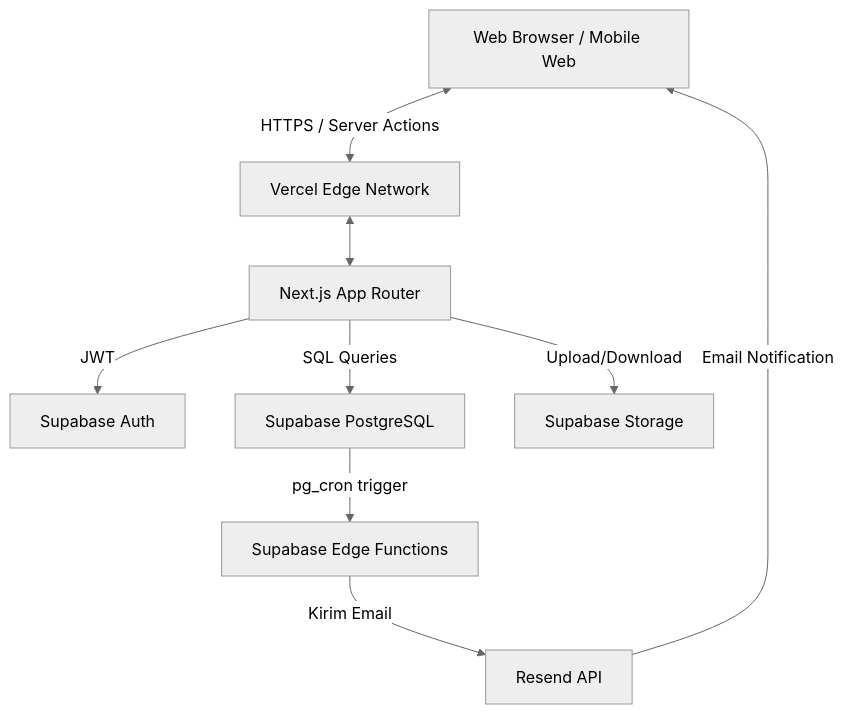
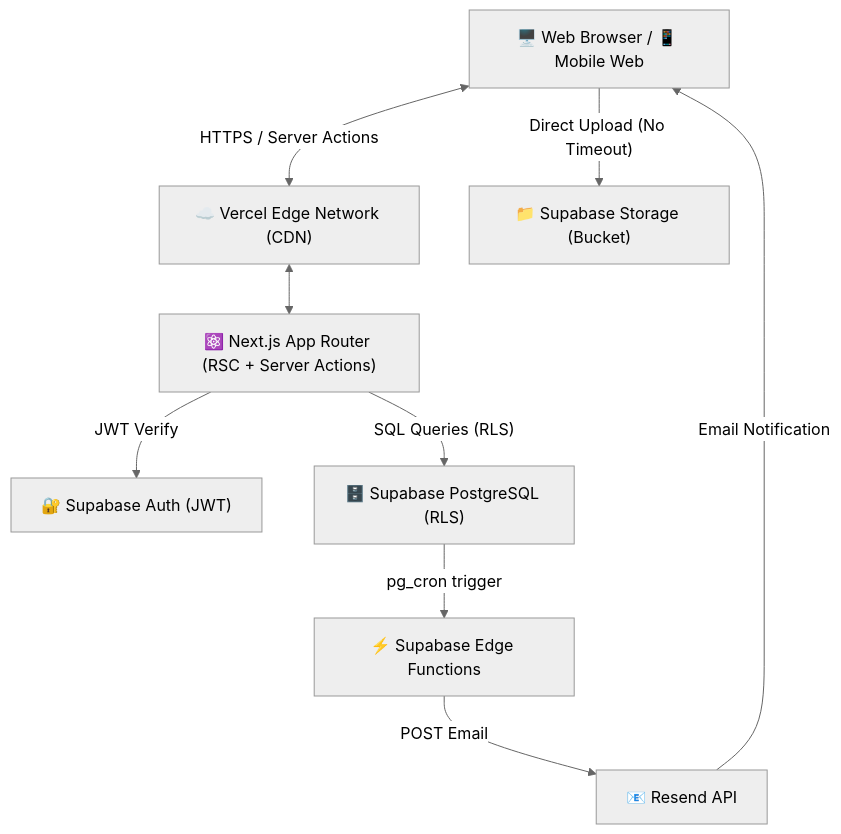
One commit to Iqbalpurnama-ux/Sistem-Manajemen-Tugas changed the first of 5 diagrams in Project_Documentation/Architecture.md. Above: the diagram before and after it, drawn with Mermaid (neutral theme). The commit also changed other lines of this file and 43 other files, not shown here.

````diff
--- a/Project_Documentation/Architecture.md
+++ b/Project_Documentation/Architecture.md
@@ -7,22 +7,22 @@
 ```mermaid
 graph TD
-    Client[Web Browser / Mobile Web]
-    Vercel[Vercel Edge Network]
-    NextApp[Next.js App Router]
-    SBA[Supabase Auth]
-    SBD[Supabase PostgreSQL]
-    SBS[Supabase Storage]
-    SBE[Supabase Edge Functions]
-    Resend[Resend API]
+    Client["🖥️ Web Browser / 📱 Mobile Web"]
+    Vercel["☁️ Vercel Edge Network (CDN)"]
+    NextApp["⚛️ Next.js App Router (RSC + Server Actions)"]
+    SBA["🔐 Supabase Auth (JWT)"]
+    SBD["🗄️ Supabase PostgreSQL (RLS)"]
+    SBS["📁 Supabase Storage (Bucket)"]
+    SBE["⚡ Supabase Edge Functions"]
+    Resend["📧 Resend API"]
 
-    Client <-->|HTTPS / Server Actions| Vercel
+    Client <-->|"HTTPS / Server Actions"| Vercel
     Vercel <--> NextApp
     
-    NextApp -->|JWT| SBA
-    NextApp -->|SQL Queries| SBD
-    NextApp -->|Upload/Download| SBS
+    NextApp -->|"JWT Verify"| SBA
+    NextApp -->|"SQL Queries (RLS)"| SBD
+    Client -->|"Direct Upload (No Timeout)"| SBS
     
-    SBD -->|pg_cron trigger| SBE
-    SBE -->|Kirim Email| Resend
-    Resend -->|Email Notification| Client
+    SBD -->|"pg_cron trigger"| SBE
+    SBE -->|"POST Email"| Resend
+    Resend -->|"Email Notification"| Client
 ```
````
